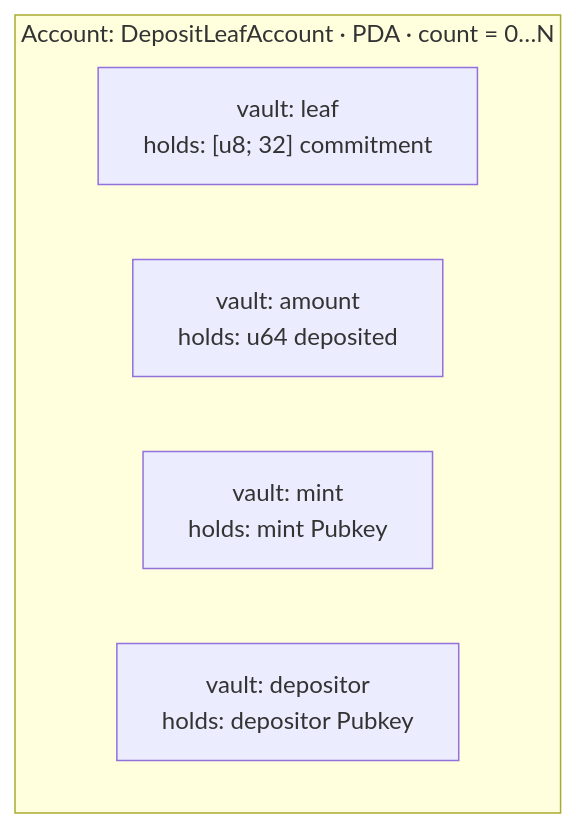
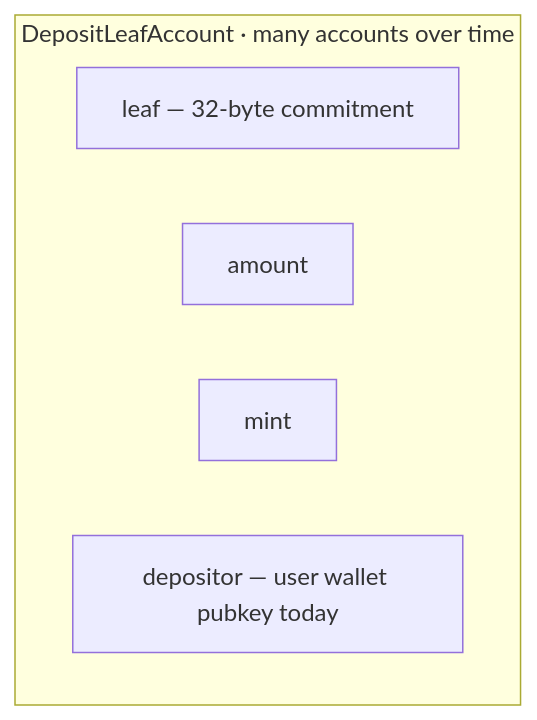
Before and after one commit to pprogrammingg/zk-spot-shield: the eighth of 8 diagrams in docs/accounts-deep-dive.md, drawn with Mermaid. The commit also changed other lines of this file and 4 other files, not shown here.

Commit message:
docs: numbered flow + account Q&A - YES

````diff
--- a/docs/accounts-deep-dive.md
+++ b/docs/accounts-deep-dive.md
@@ -188,9 +222,9 @@
 ```mermaid
 flowchart TB
-  subgraph DL["Account: DepositLeafAccount · PDA · count = 0…N"]
-    L["vault: leaf<br/>holds: [u8; 32] commitment"]
-    AM["vault: amount<br/>holds: u64 deposited"]
-    MI["vault: mint<br/>holds: mint Pubkey"]
-    DEP["vault: depositor<br/>holds: depositor Pubkey"]
+  subgraph DL["DepositLeafAccount · many accounts over time"]
+    L["leaf — 32-byte commitment"]
+    AM["amount"]
+    MI["mint"]
+    DEP["depositor — user wallet pubkey today"]
   end
 ```
````
